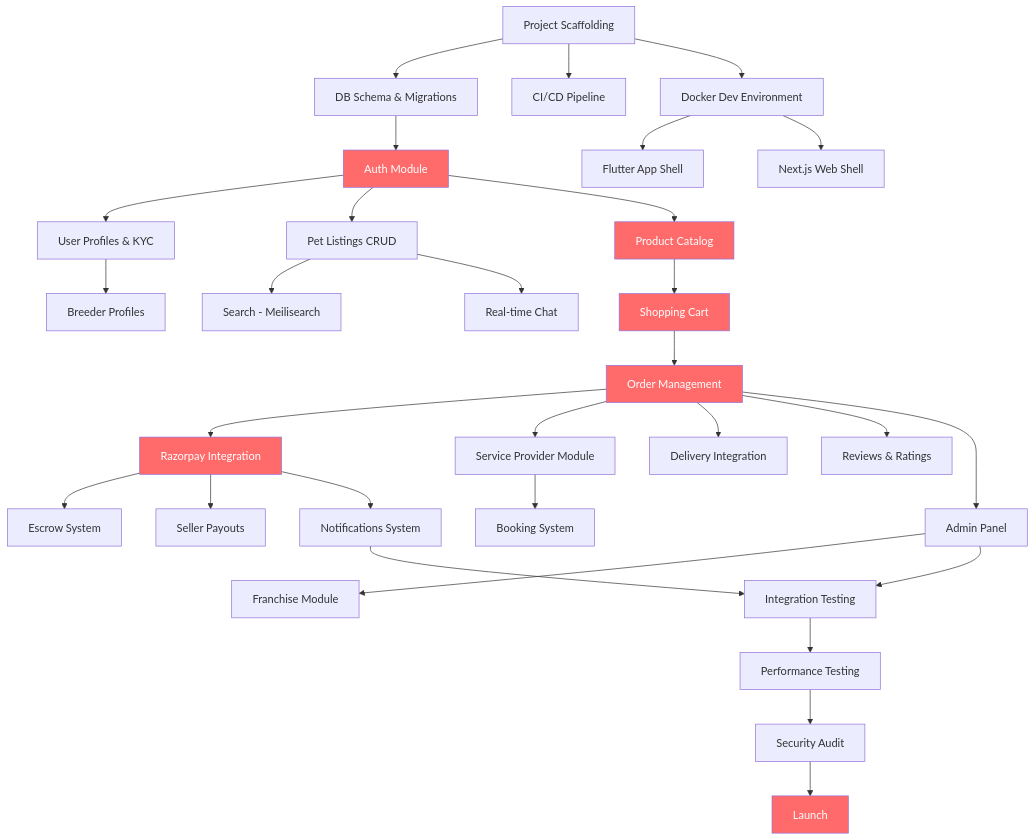
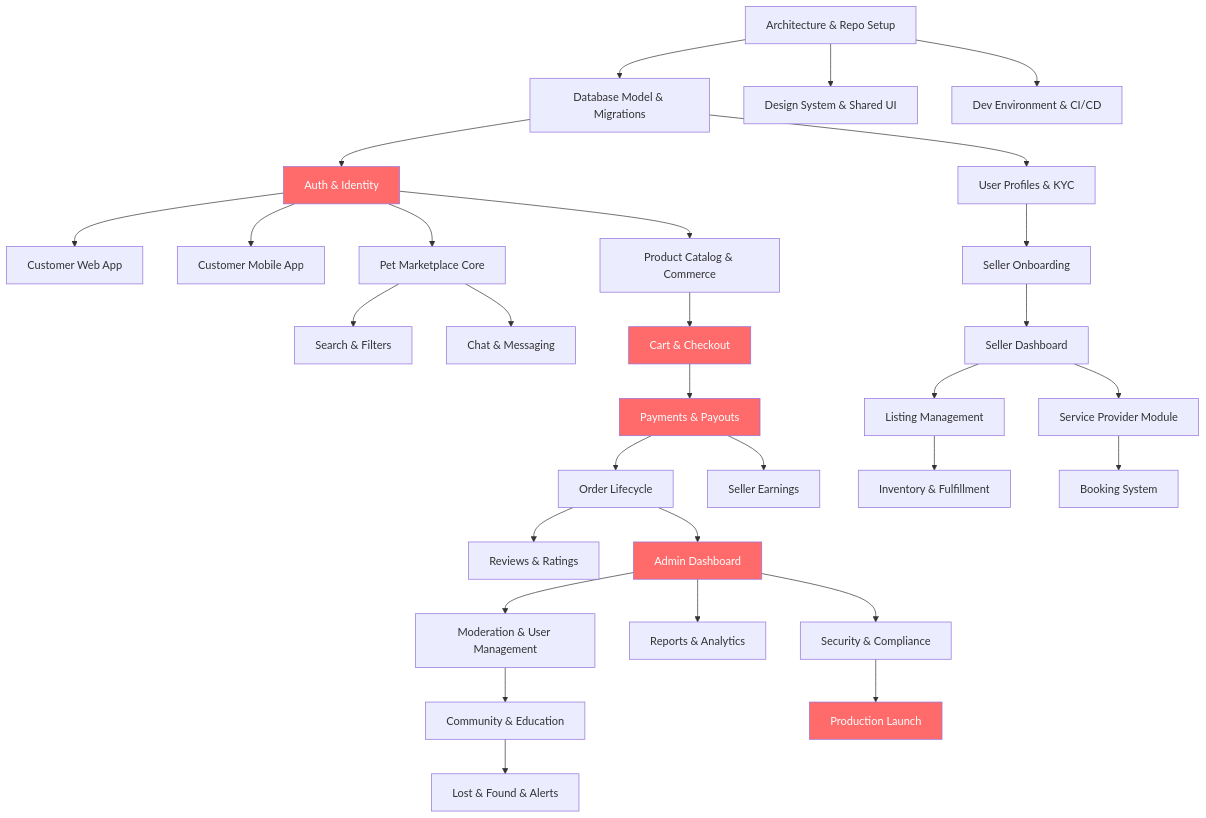
One commit to sudarsan-22/PetZonic changed the diagram in docs/06-project-roadmap/dependencies.md. Above: the diagram before and after it, drawn with Mermaid. The commit also changed other lines of this file and 1 other file, not shown here.

First line of the commit message:
docs: rewrite roadmap dependencies and milestones for full-scope plan

````diff
--- a/docs/06-project-roadmap/dependencies.md
+++ b/docs/06-project-roadmap/dependencies.md
@@ -10,52 +11,43 @@
 ```mermaid
 graph TD
-    %% Phase 0: Setup
-    P0A[Project Scaffolding] --> P0B[DB Schema & Migrations]
-    P0A --> P0C[CI/CD Pipeline]
-    P0A --> P0D[Docker Dev Environment]
-    
-    %% Phase 1: Foundation
-    P0B --> P1A[Auth Module]
-    P0D --> P1F[Flutter App Shell]
-    P0D --> P1G[Next.js Web Shell]
-    
-    P1A --> P1B[User Profiles & KYC]
-    P1A --> P1C[Pet Listings CRUD]
-    P1A --> P1D[Product Catalog]
-    P1C --> P1E[Search - Meilisearch]
-    
-    %% Phase 2: Transactions
-    P1D --> P2A[Shopping Cart]
-    P2A --> P2B[Order Management]
-    P2B --> P2C[Razorpay Integration]
-    P2C --> P2D[Escrow System]
-    P2C --> P2E[Seller Payouts]
-    P1C --> P2F[Real-time Chat]
-    
-    %% Phase 3: Services
-    P1B --> P3A[Breeder Profiles]
-    P2B --> P3B[Service Provider Module]
-    P3B --> P3C[Booking System]
-    P2B --> P3D[Delivery Integration]
-    
-    %% Phase 4: Engagement
-    P2B --> P4A[Reviews & Ratings]
-    P2C --> P4B[Notifications System]
-    P2B --> P4C[Admin Panel]
-    P4C --> P4D[Franchise Module]
-    
-    %% Phase 5: Launch
-    P4C --> P5A[Integration Testing]
-    P4B --> P5A
-    P5A --> P5B[Performance Testing]
-    P5B --> P5C[Security Audit]
-    P5C --> P5D[Launch]
-    
-    %% Critical path highlighting
-    style P1A fill:#ff6b6b,color:#fff
-    style P1D fill:#ff6b6b,color:#fff
-    style P2A fill:#ff6b6b,color:#fff
-    style P2B fill:#ff6b6b,color:#fff
-    style P2C fill:#ff6b6b,color:#fff
-    style P5D fill:#ff6b6b,color:#fff
+    A[Architecture & Repo Setup] --> B[Database Model & Migrations]
+    A --> C[Design System & Shared UI]
+    A --> D[Dev Environment & CI/CD]
+
+    B --> E[Auth & Identity]
+    B --> F[User Profiles & KYC]
+    E --> G[Customer Web App]
+    E --> H[Customer Mobile App]
+    F --> I[Seller Onboarding]
+
+    E --> J[Pet Marketplace Core]
+    E --> K[Product Catalog & Commerce]
+    J --> L[Search & Filters]
+    K --> M[Cart & Checkout]
+    M --> N[Payments & Payouts]
+    N --> O[Order Lifecycle]
+    J --> P[Chat & Messaging]
+    O --> Q[Reviews & Ratings]
+
+    I --> R[Seller Dashboard]
+    R --> S[Listing Management]
+    S --> T[Inventory & Fulfillment]
+    N --> U[Seller Earnings]
+
+    O --> V[Admin Dashboard]
+    V --> W[Moderation & User Management]
+    V --> X[Reports & Analytics]
+
+    R --> Y[Service Provider Module]
+    Y --> Z[Booking System]
+    W --> AA[Community & Education]
+    AA --> AB[Lost & Found & Alerts]
+    V --> AC[Security & Compliance]
+    AC --> AD[Production Launch]
+
+    style E fill:#ff6b6b,color:#fff
+    style M fill:#ff6b6b,color:#fff
+    style N fill:#ff6b6b,color:#fff
+    style V fill:#ff6b6b,color:#fff
+    style AD fill:#ff6b6b,color:#fff
 ```
````
